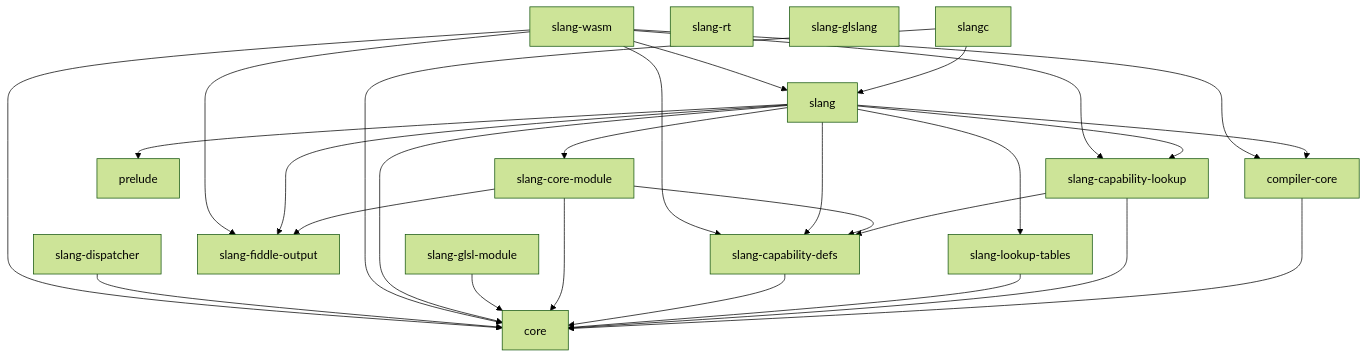
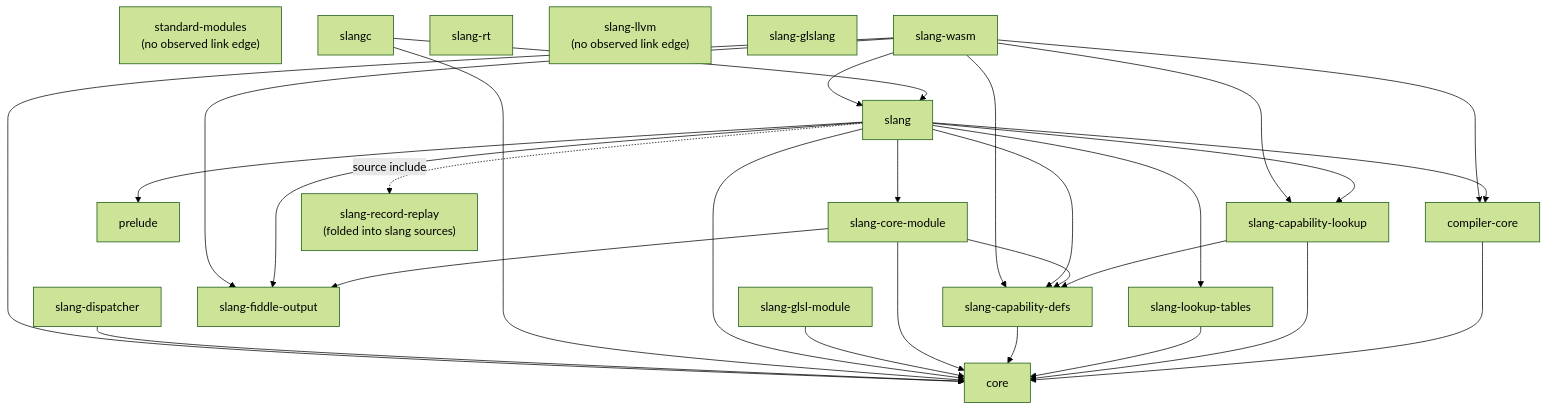
One commit to shader-slang/slang changed the diagram in docs/llm-generated/architecture/dependency-graph.md. Above: the diagram before and after it, drawn with Mermaid (forest theme). The commit also changed other lines of this file and 93 other files, not shown here.

````diff
--- a/docs/llm-generated/architecture/dependency-graph.md
+++ b/docs/llm-generated/architecture/dependency-graph.md
@@ -32,49 +32,53 @@
 ```mermaid
 flowchart TB
     coreLib[core]
     compilerCore[compiler-core]
     prelude[prelude]
     capabilityDefs[slang-capability-defs]
     capabilityLookup[slang-capability-lookup]
     lookupTables[slang-lookup-tables]
     fiddleOutput[slang-fiddle-output]
     coreModule[slang-core-module]
     glslModule[slang-glsl-module]
+    standardModules["standard-modules<br/>(no observed link edge)"]
     slangLib[slang]
+    slangRecordReplay["slang-record-replay<br/>(folded into slang sources)"]
     slangc[slangc]
     slangDispatcher[slang-dispatcher]
     slangRt[slang-rt]
+    slangLlvm["slang-llvm<br/>(no observed link edge)"]
     slangGlslang[slang-glslang]
     slangWasm[slang-wasm]
 
     compilerCore --> coreLib
     capabilityLookup --> coreLib
     capabilityLookup --> capabilityDefs
     lookupTables --> coreLib
     capabilityDefs --> coreLib
     coreModule --> coreLib
     coreModule --> capabilityDefs
     coreModule --> fiddleOutput
     glslModule --> coreLib
 
     slangLib --> coreLib
     slangLib --> prelude
     slangLib --> compilerCore
     slangLib --> capabilityDefs
     slangLib --> capabilityLookup
     slangLib --> fiddleOutput
     slangLib --> lookupTables
     slangLib --> coreModule
+    slangLib -.->|source include| slangRecordReplay
 
     slangc --> coreLib
     slangc --> slangLib
 
     slangDispatcher --> coreLib
 
     slangWasm --> slangLib
     slangWasm --> coreLib
     slangWasm --> compilerCore
     slangWasm --> capabilityDefs
     slangWasm --> capabilityLookup
     slangWasm --> fiddleOutput
 ```
````
